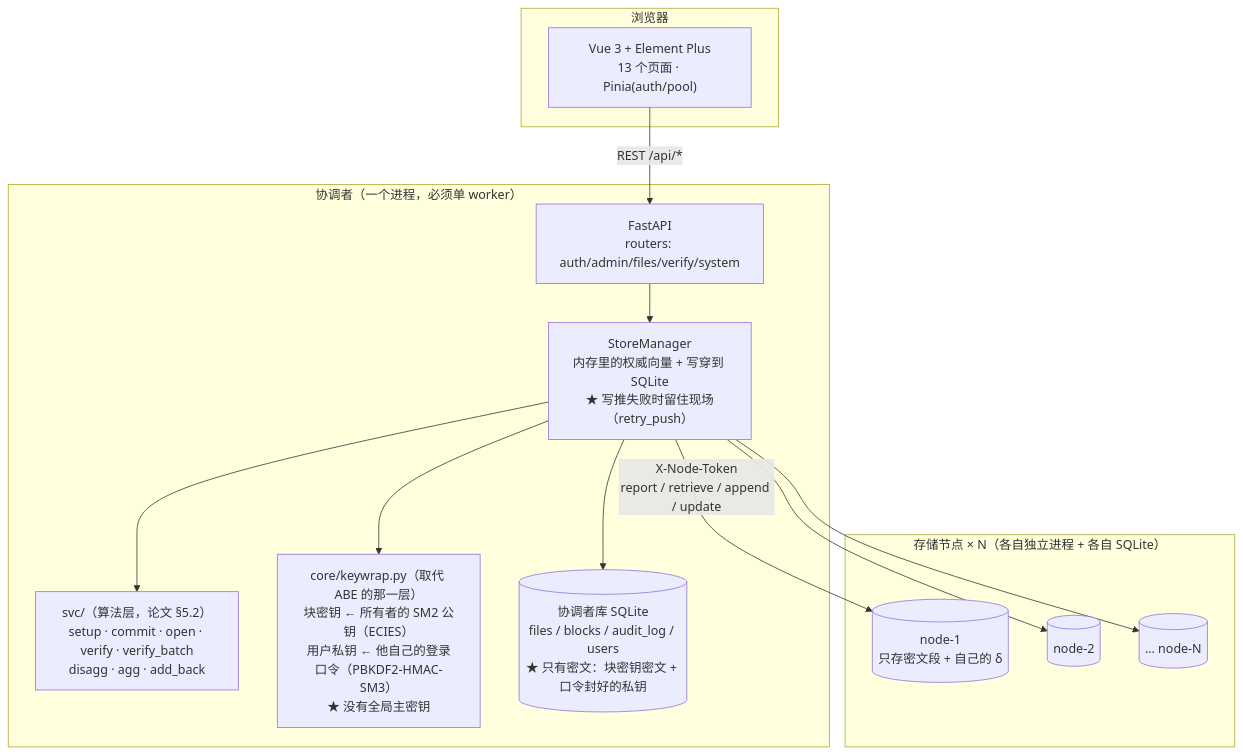
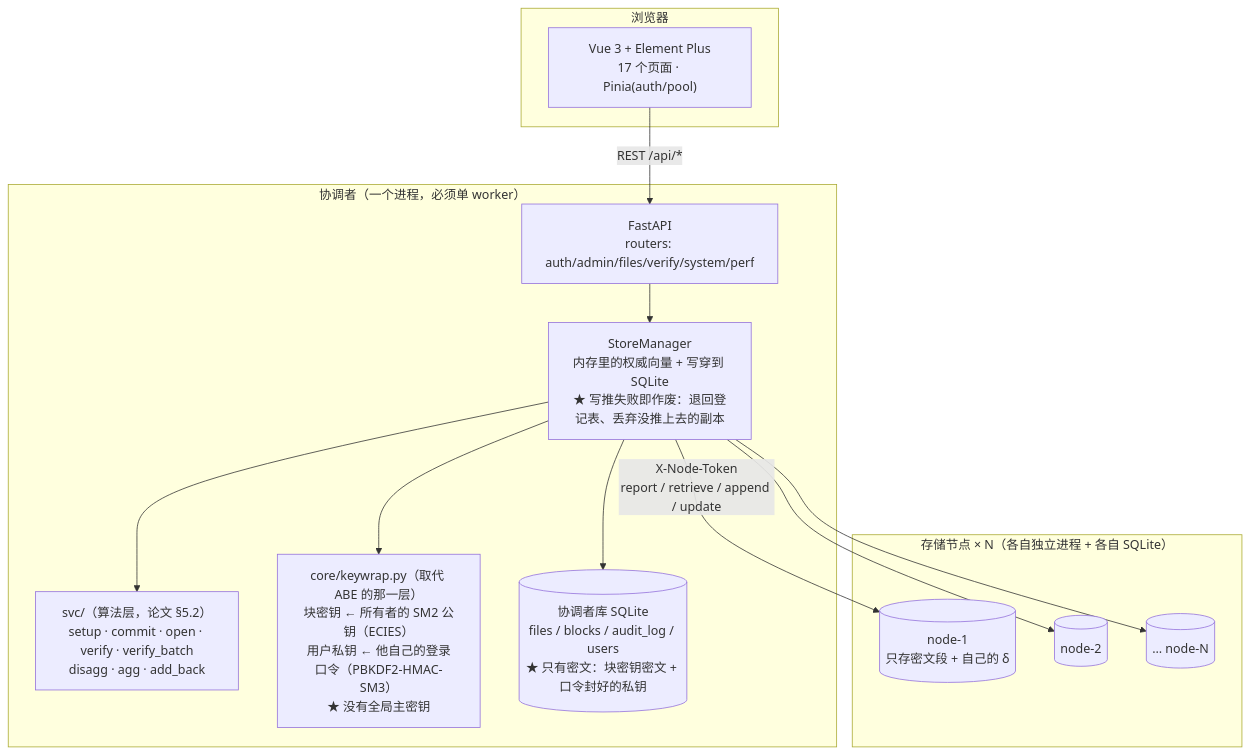
The first of 3 diagrams in docs/方案设计.md (Ultimate-go/SVC-system), drawn with Mermaid before and after one commit. The commit also changed other lines of this file and 576 other files, not shown here.

````diff
--- a/docs/方案设计.md
+++ b/docs/方案设计.md
@@ -110,29 +110,29 @@
 ```mermaid
 flowchart TB
     subgraph B["浏览器"]
-        UI["Vue 3 + Element Plus<br/>13 个页面 · Pinia(auth/pool)"]
+        UI["Vue 3 + Element Plus<br/>17 个页面 · Pinia(auth/pool)"]
     end
 
     subgraph C["协调者（一个进程，必须单 worker）"]
-        API["FastAPI<br/>routers: auth/admin/files/verify/system"]
-        MGR["StoreManager<br/>内存里的权威向量 + 写穿到 SQLite<br/>★ 写推失败时留住现场（retry_push）"]
+        API["FastAPI<br/>routers: auth/admin/files/verify/system/perf"]
+        MGR["StoreManager<br/>内存里的权威向量 + 写穿到 SQLite<br/>★ 写推失败即作废：退回登记表、丢弃没推上去的副本"]
         SVC["svc/（算法层，论文 §5.2）<br/>setup · commit · open · verify · verify_batch<br/>disagg · agg · add_back"]
         KEY["core/keywrap.py（取代 ABE 的那一层）<br/>块密钥 ← 所有者的 SM2 公钥（ECIES）<br/>用户私钥 ← 他自己的登录口令（PBKDF2-HMAC-SM3）<br/>★ 没有全局主密钥"]
         DB[("协调者库 SQLite<br/>files / blocks / audit_log / users<br/>★ 只有密文：块密钥密文 + 口令封好的私钥")]
     end
 
     subgraph N["存储节点 × N（各自独立进程 + 各自 SQLite）"]
         N1[("node-1<br/>只存密文段 + 自己的 δ")]
         N2[("node-2")]
         N3[("… node-N")]
     end
 
     UI -->|"REST /api/*"| API
     API --> MGR
     MGR --> SVC
     MGR --> KEY
     MGR --> DB
     MGR -->|"X-Node-Token<br/>report / retrieve / append / update"| N1
     MGR --> N2
     MGR --> N3
 ```
````
